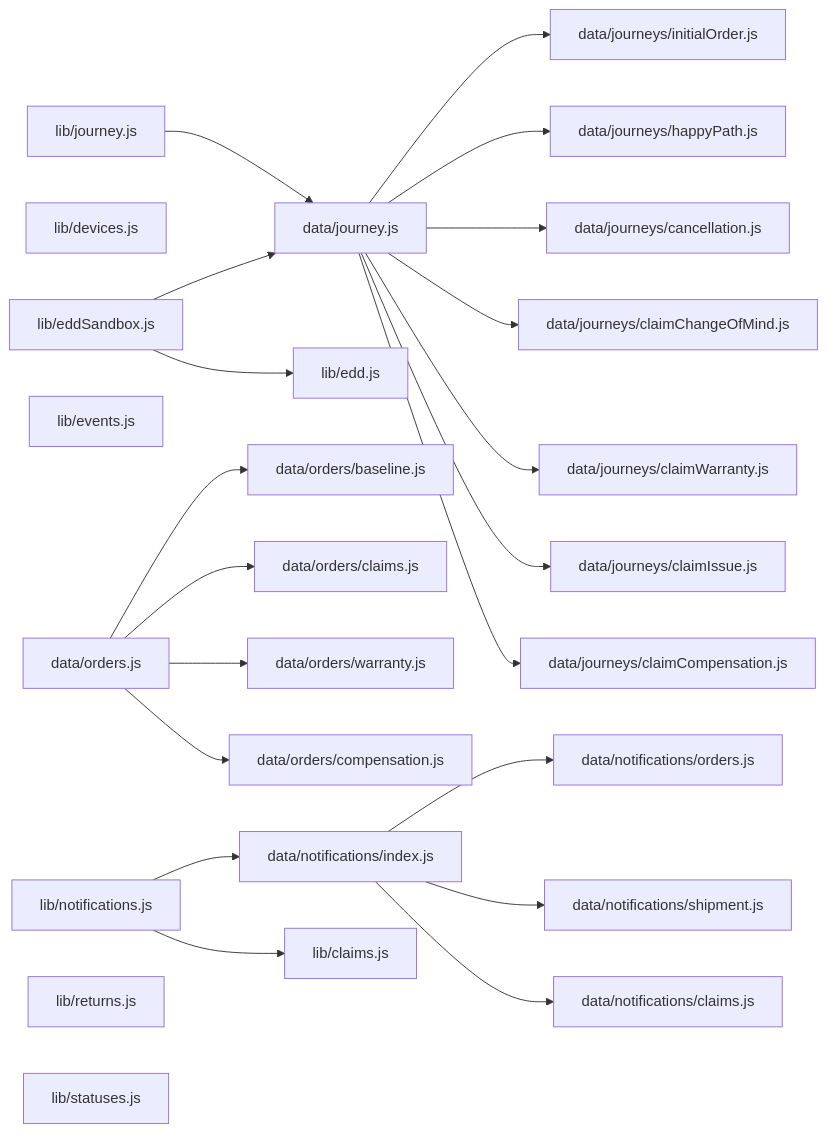
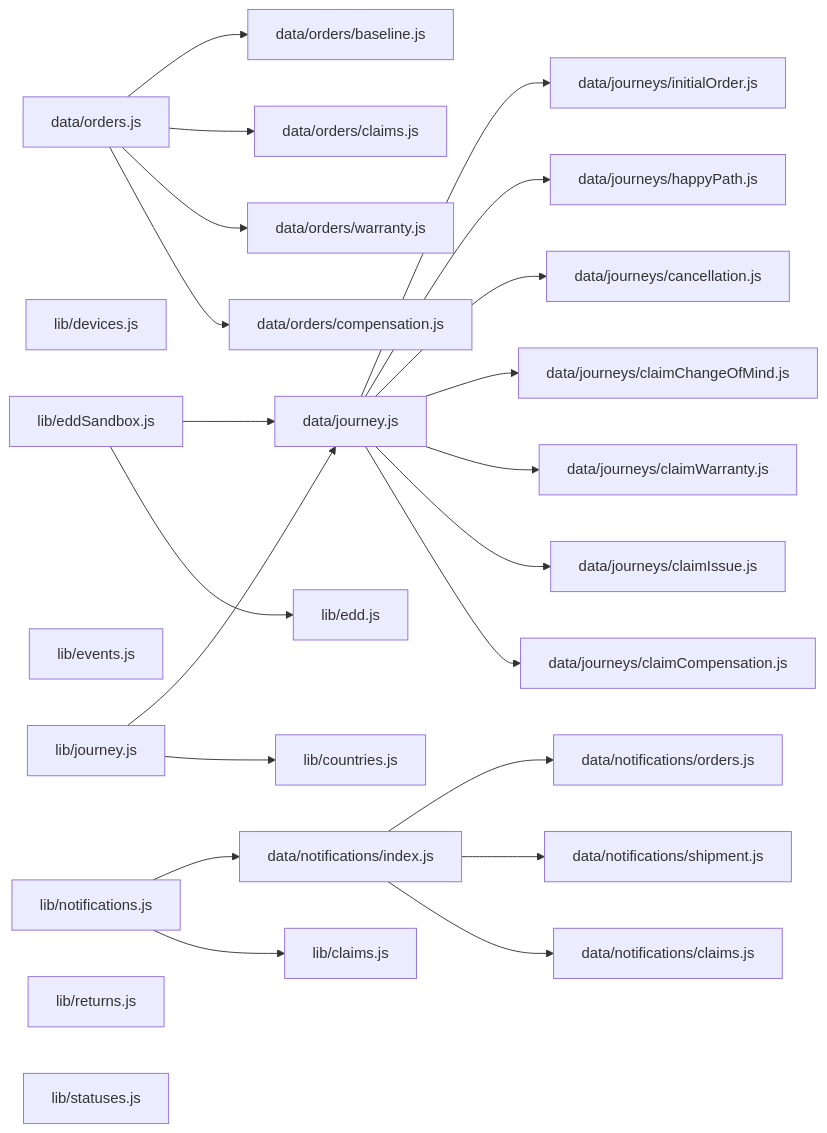
The diagram in docs/code_map.md (andrea-revibe/my-account-redesign-v2), drawn with Mermaid before and after one commit. The commit also changed other lines of this file and 18 other files, not shown here.

````diff
--- a/docs/code_map.md
+++ b/docs/code_map.md
@@ -190,48 +195,50 @@
 ```mermaid
 graph LR
   data_journey_js["data/journey.js"]
   data_journeys_cancellation_js["data/journeys/cancellation.js"]
   data_journeys_claimChangeOfMind_js["data/journeys/claimChangeOfMind.js"]
   data_journeys_claimCompensation_js["data/journeys/claimCompensation.js"]
   data_journeys_claimIssue_js["data/journeys/claimIssue.js"]
   data_journeys_claimWarranty_js["data/journeys/claimWarranty.js"]
   data_journeys_happyPath_js["data/journeys/happyPath.js"]
   data_journeys_initialOrder_js["data/journeys/initialOrder.js"]
   data_notifications_claims_js["data/notifications/claims.js"]
   data_notifications_index_js["data/notifications/index.js"]
   data_notifications_orders_js["data/notifications/orders.js"]
   data_notifications_shipment_js["data/notifications/shipment.js"]
   data_orders_js["data/orders.js"]
   data_orders_baseline_js["data/orders/baseline.js"]
   data_orders_claims_js["data/orders/claims.js"]
   data_orders_compensation_js["data/orders/compensation.js"]
   data_orders_warranty_js["data/orders/warranty.js"]
   lib_claims_js["lib/claims.js"]
+  lib_countries_js["lib/countries.js"]
   lib_devices_js["lib/devices.js"]
   lib_edd_js["lib/edd.js"]
   lib_eddSandbox_js["lib/eddSandbox.js"]
   lib_events_js["lib/events.js"]
   lib_journey_js["lib/journey.js"]
   lib_notifications_js["lib/notifications.js"]
   lib_returns_js["lib/returns.js"]
   lib_statuses_js["lib/statuses.js"]
   data_journey_js --> data_journeys_initialOrder_js
   data_journey_js --> data_journeys_happyPath_js
   data_journey_js --> data_journeys_cancellation_js
   data_journey_js --> data_journeys_claimChangeOfMind_js
   data_journey_js --> data_journeys_claimWarranty_js
   data_journey_js --> data_journeys_claimIssue_js
   data_journey_js --> data_journeys_claimCompensation_js
   data_notifications_index_js --> data_notifications_orders_js
   data_notifications_index_js --> data_notifications_shipment_js
   data_notifications_index_js --> data_notifications_claims_js
   data_orders_js --> data_orders_baseline_js
   data_orders_js --> data_orders_claims_js
   data_orders_js --> data_orders_warranty_js
   data_orders_js --> data_orders_compensation_js
   lib_eddSandbox_js --> data_journey_js
   lib_eddSandbox_js --> lib_edd_js
   lib_journey_js --> data_journey_js
+  lib_journey_js --> lib_countries_js
   lib_notifications_js --> data_notifications_index_js
   lib_notifications_js --> lib_claims_js
 ```
````
